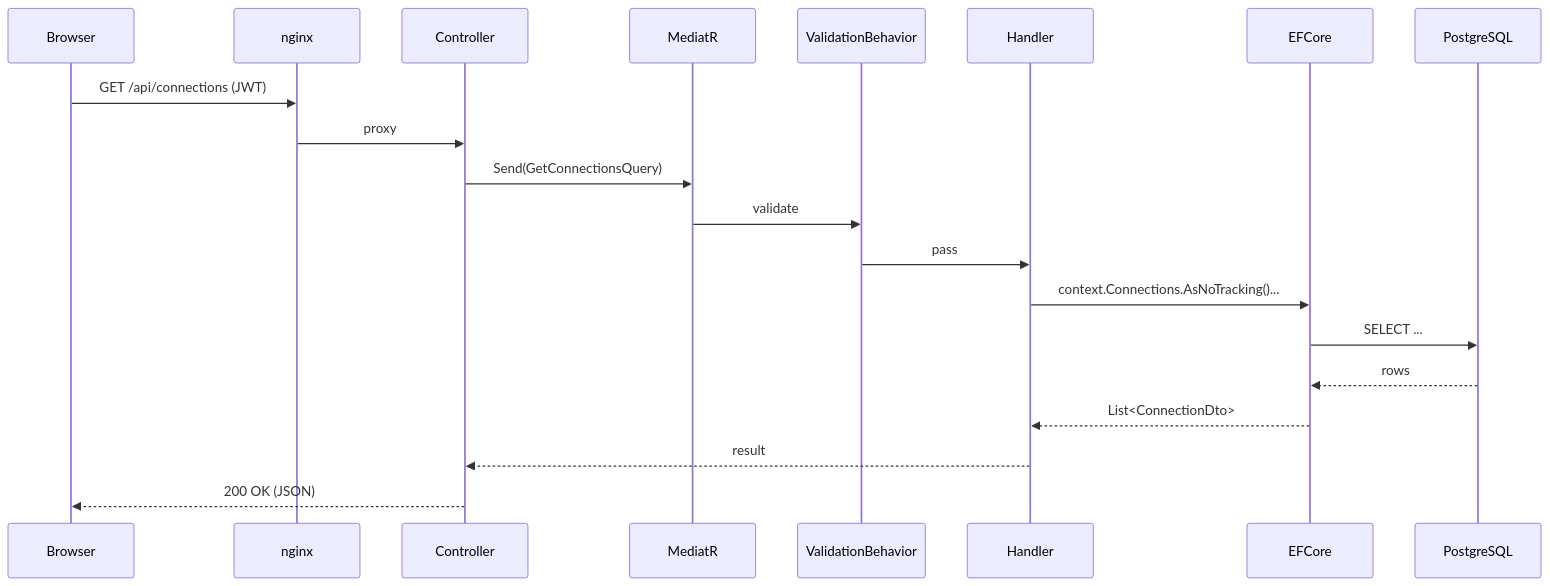
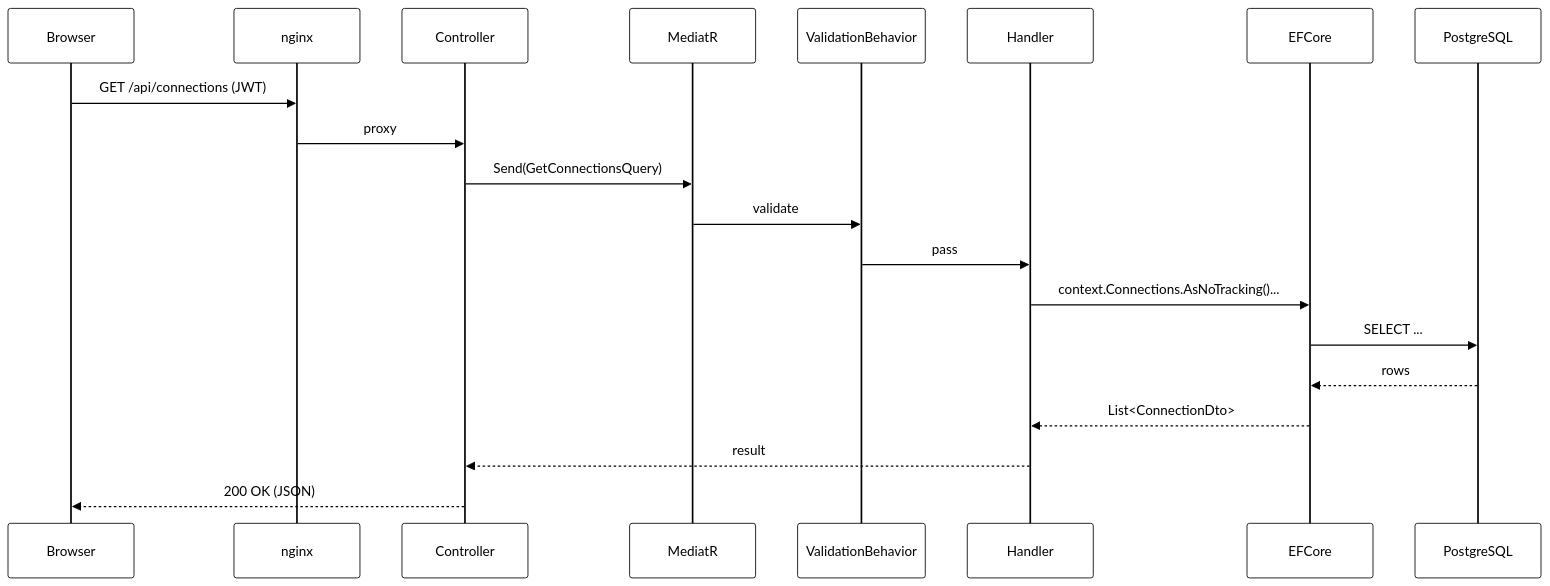
One commit to alessandrocaetanob/smooth-operator changed the sixth of 6 diagrams in docs/architecture/overview.md. Above: the diagram before and after it, drawn with Mermaid. The commit also changed other lines of this file and 7 other files, not shown here.

First line of the commit message:
docs: improve Mermaid diagram contrast and add project configurations (#94)

````diff
--- a/docs/architecture/overview.md
+++ b/docs/architecture/overview.md
@@ -143,23 +206,44 @@
 ```mermaid
+%%{init: {
+  'theme': 'base',
+  'themeVariables': {
+    'actorBkg': '#ffffff',
+    'actorBorder': '#000000',
+    'actorTextColor': '#000000',
+    'actorLineColor': '#000000',
+    'signalColor': '#000000',
+    'signalTextColor': '#000000',
+    'labelBoxBkgColor': '#ffffff',
+    'labelBoxBorderColor': '#000000',
+    'labelTextColor': '#000000',
+    'loopTextColor': '#000000',
+    'noteBkgColor': '#ffffff',
+    'noteBorderColor': '#000000',
+    'noteTextColor': '#000000',
+    'mainBkg': '#ffffff',
+    'fontSize': '16px',
+    'fontFamily': 'Inter, system-ui, sans-serif'
+  }
+}}%%
 sequenceDiagram
   participant Browser
   participant nginx
   participant Controller
   participant MediatR
   participant ValidationBehavior
   participant Handler
   participant EFCore
   participant PostgreSQL
 
   Browser->>nginx: GET /api/connections (JWT)
   nginx->>Controller: proxy
   Controller->>MediatR: Send(GetConnectionsQuery)
   MediatR->>ValidationBehavior: validate
   ValidationBehavior->>Handler: pass
   Handler->>EFCore: context.Connections.AsNoTracking()...
   EFCore->>PostgreSQL: SELECT ...
   PostgreSQL-->>EFCore: rows
   EFCore-->>Handler: List<ConnectionDto>
   Handler-->>Controller: result
   Controller-->>Browser: 200 OK (JSON)
 ```
````
